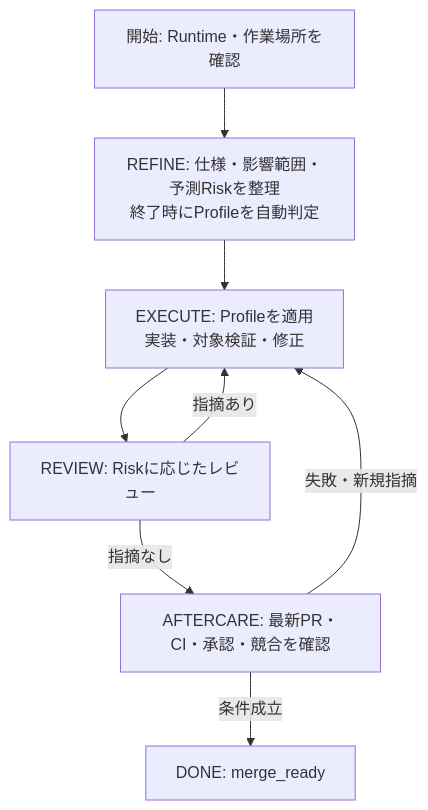
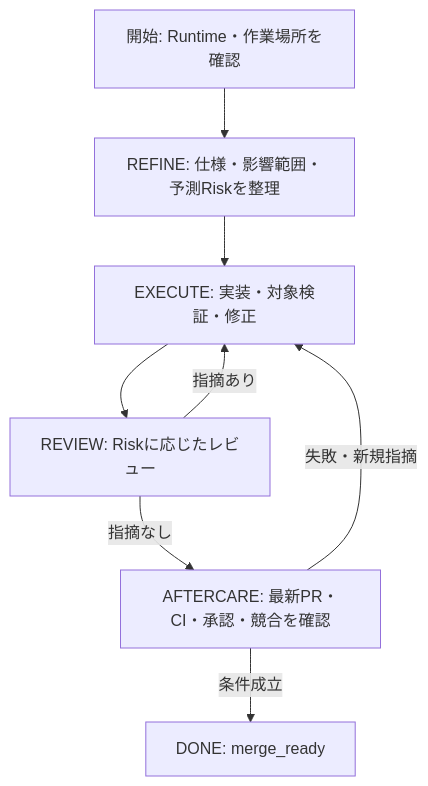
One commit to hondasports/kakeibo changed the diagram in docs/agent-harness-design.md. Above: the diagram before and after it, drawn with Mermaid. The commit also changed other lines of this file and 29 other files, not shown here.

````diff
--- a/docs/agent-harness-design.md
+++ b/docs/agent-harness-design.md
@@ -35,10 +35,10 @@
 ```mermaid
 flowchart TD
-  S["開始: Runtime・作業場所を確認"] --> R["REFINE: 仕様・影響範囲・予測Riskを整理<br/>終了時にProfileを自動判定"]
-  R --> E["EXECUTE: Profileを適用<br/>実装・対象検証・修正"]
+  S["開始: Runtime・作業場所を確認"] --> R["REFINE: 仕様・影響範囲・予測Riskを整理"]
+  R --> E["EXECUTE: 実装・対象検証・修正"]
   E --> V["REVIEW: Riskに応じたレビュー"]
   V -- 指摘あり --> E
   V -- 指摘なし --> A["AFTERCARE: 最新PR・CI・承認・競合を確認"]
   A -- 失敗・新規指摘 --> E
   A -- 条件成立 --> D["DONE: merge_ready"]
 ```
````
